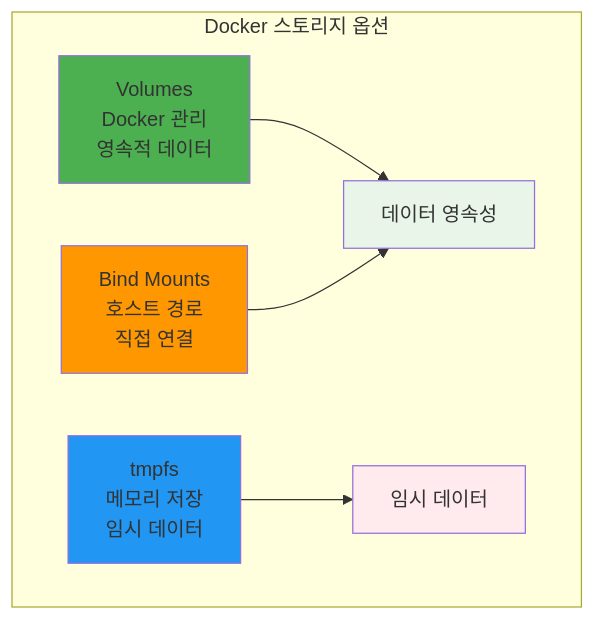
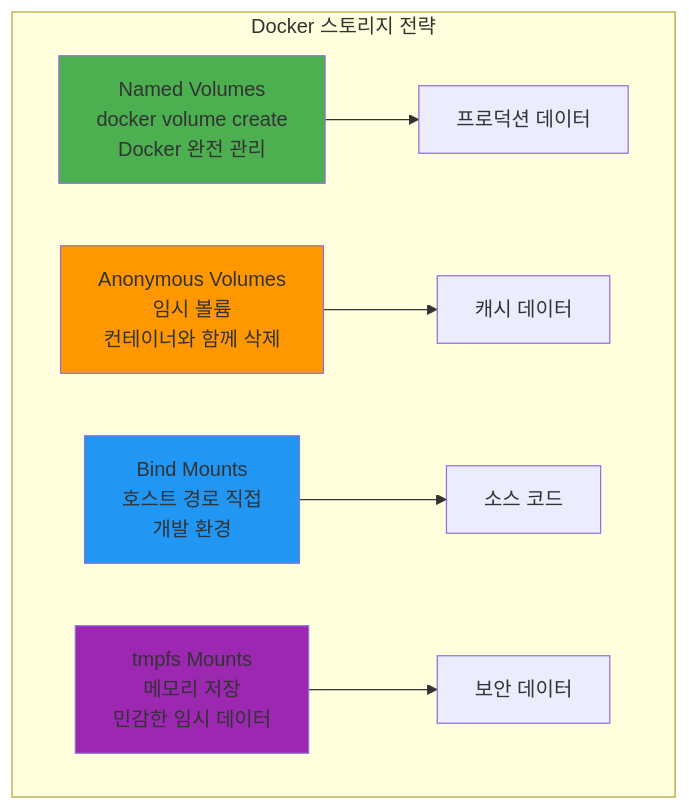
Before and after one commit to niceguy61/kdt_devops_lecture_2025: the fourth of 5 diagrams in theory/week_01/day3/session_3.md, drawn with Mermaid. The commit also changed other lines of this file and 1 other file, not shown here.

````diff
--- a/theory/week_01/day3/session_3.md
+++ b/theory/week_01/day3/session_3.md
@@ -87,14 +125,14 @@
 ```mermaid
 graph TB
-    subgraph "Docker 스토리지 옵션"
-        A[Volumes<br/>Docker 관리<br/>영속적 데이터] --> D[데이터 영속성]
-        B[Bind Mounts<br/>호스트 경로<br/>직접 연결] --> D
-        C[tmpfs<br/>메모리 저장<br/>임시 데이터] --> E[임시 데이터]
+    subgraph "Docker 스토리지 전략"
+        A[Named Volumes<br/>docker volume create<br/>Docker 완전 관리] --> D[프로덕션 데이터]
+        B[Anonymous Volumes<br/>임시 볼륨<br/>컨테이너와 함께 삭제] --> E[캐시 데이터]
+        C[Bind Mounts<br/>호스트 경로 직접<br/>개발 환경] --> F[소스 코드]
+        G[tmpfs Mounts<br/>메모리 저장<br/>민감한 임시 데이터] --> H[보안 데이터]
     end
     
     style A fill:#4caf50
     style B fill:#ff9800
     style C fill:#2196f3
-    style D fill:#e8f5e8
-    style E fill:#ffebee
+    style G fill:#9c27b0
 ```
````
